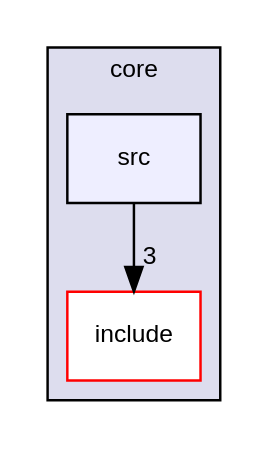
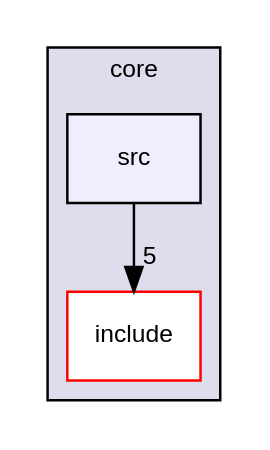
One commit to YuruTu/NANA changed the diagram in docs/dir_d4290d2844396728f52f10a3cbfe8030_dep.dot. Above: the diagram before and after it, drawn with Graphviz. The commit also changed 117 other files, not shown here.

```diff
--- a/docs/dir_d4290d2844396728f52f10a3cbfe8030_dep.dot
+++ b/docs/dir_d4290d2844396728f52f10a3cbfe8030_dep.dot
@@ -1,11 +1,11 @@
 digraph "NANA/modules/core/src" {
   compound=true
   node [ fontsize="10", fontname="Helvetica"];
   edge [ labelfontsize="10", labelfontname="Helvetica"];
   subgraph clusterdir_c3e203e05606b384f5fc9d03652c3ac7 {
     graph [ bgcolor="#ddddee", pencolor="black", label="core" fontname="Helvetica", fontsize="10", URL="dir_c3e203e05606b384f5fc9d03652c3ac7.html"]
   dir_b97e1ce20cef1a3a5870d559f8ef4003 [shape=box label="include" fillcolor="white" style="filled" color="red" URL="dir_b97e1ce20cef1a3a5870d559f8ef4003.html"];
   dir_d4290d2844396728f52f10a3cbfe8030 [shape=box, label="src", style="filled", fillcolor="#eeeeff", pencolor="black", URL="dir_d4290d2844396728f52f10a3cbfe8030.html"];
   }
-  dir_d4290d2844396728f52f10a3cbfe8030->dir_b97e1ce20cef1a3a5870d559f8ef4003 [headlabel="3", labeldistance=1.5 headhref="dir_000008_000005.html"];
+  dir_d4290d2844396728f52f10a3cbfe8030->dir_b97e1ce20cef1a3a5870d559f8ef4003 [headlabel="5", labeldistance=1.5 headhref="dir_000008_000005.html"];
 }
```
